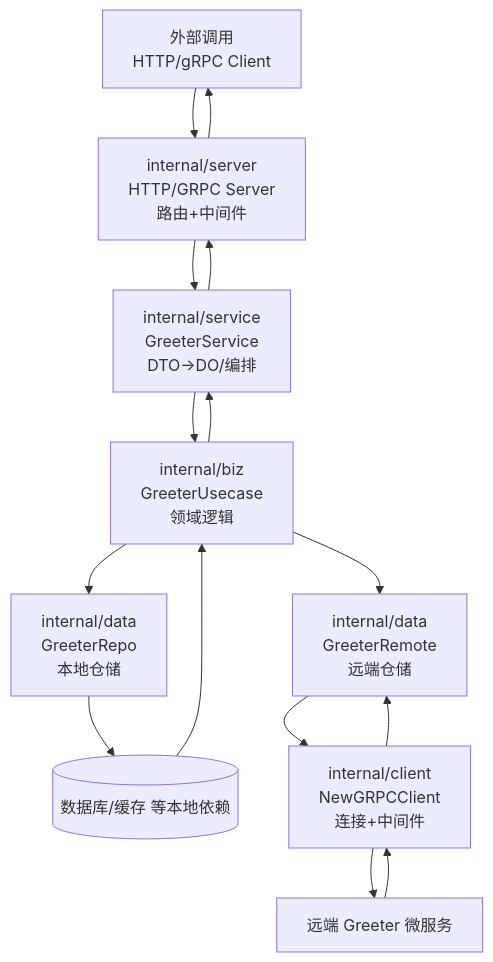
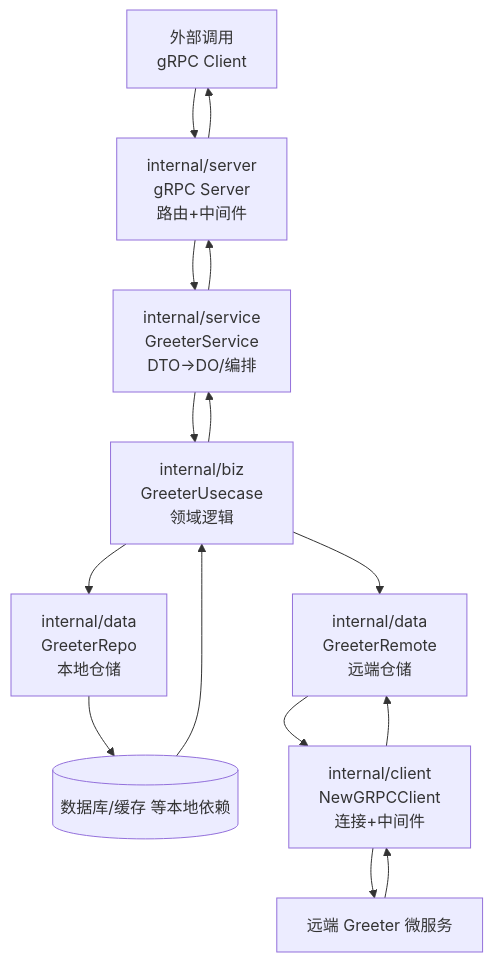
Before and after one commit to bionicotaku/lingo-services-catalog: the diagram in README.md, drawn with Mermaid. The commit also changed other lines of this file and 14 other files, not shown here.

````diff
--- a/README.md
+++ b/README.md
@@ -62,17 +63,17 @@
 ```mermaid
 flowchart TD
-    A[外部调用<br/>HTTP/gRPC Client] --> B[internal/server<br/>HTTP/GRPC Server<br/>路由+中间件]
+    A[外部调用<br/>gRPC Client] --> B[internal/server<br/>gRPC Server<br/>路由+中间件]
     B --> C[internal/service<br/>GreeterService<br/>DTO→DO/编排]
     C --> D[internal/biz<br/>GreeterUsecase<br/>领域逻辑]
     D --> E[internal/data<br/>GreeterRepo<br/>本地仓储]
     D --> F[internal/data<br/>GreeterRemote<br/>远端仓储]
     E --> I[(数据库/缓存 等本地依赖)]
     F --> G[internal/client<br/>NewGRPCClient<br/>连接+中间件]
     G --> H[远端 Greeter 微服务]
     H --> G
     G --> F
     I --> D
     D --> C
     C --> B
     B --> A
 ```
````
